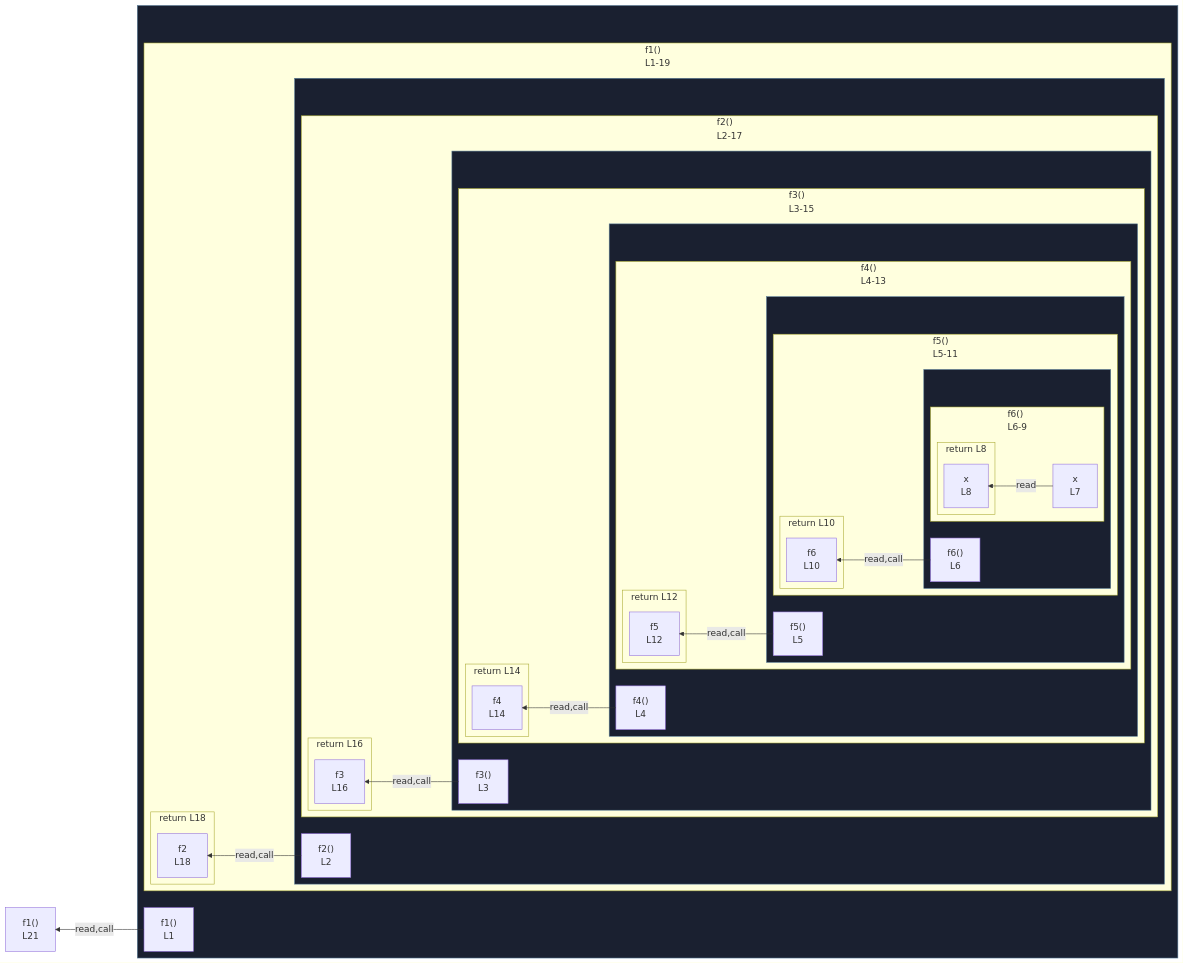
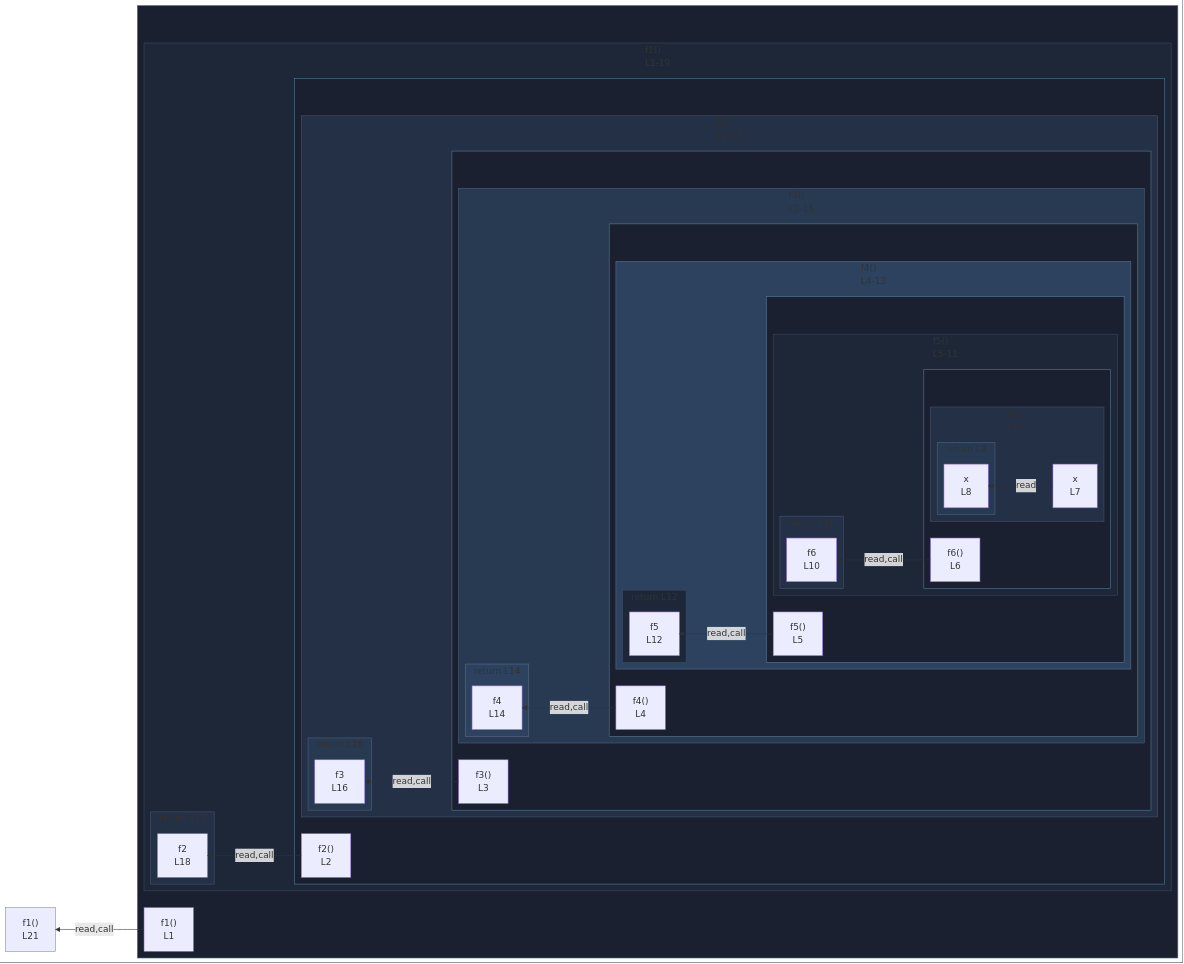
Before and after one commit to crescware/unsnarl: the diagram in integration/fixtures/app-behavior/depth/function/depth-10/preview.md, drawn with Mermaid. The commit also changed 249 other files, not shown here.

First line of the commit message:
Color Mermaid subgraphs by nesting depth via theme palette

````diff
--- a/integration/fixtures/app-behavior/depth/function/depth-10/preview.md
+++ b/integration/fixtures/app-behavior/depth/function/depth-10/preview.md
@@ -113,4 +113,20 @@
   class wrap_s_scope_4 fnWrap;
   class wrap_s_scope_5 fnWrap;
   class wrap_s_scope_6 fnWrap;
+  classDef nestL1 fill:#1e2738,stroke:#3d4a63;
+  class s_scope_1 nestL1;
+  class s_scope_5 nestL1;
+  class s_return_scope_3_f4_69_226_238 nestL1;
+  classDef nestL2 fill:#233045,stroke:#475670;
+  class s_scope_2 nestL2;
+  class s_scope_6 nestL2;
+  class s_return_scope_4_f5_93_195_207 nestL2;
+  class s_return_scope_0_f1_9_295_307 nestL2;
+  classDef nestL3 fill:#283952,stroke:#51637d;
+  class s_scope_3 nestL3;
+  class s_return_scope_5_f6_119_163_172 nestL3;
+  class s_return_scope_1_f2_27_276_288 nestL3;
+  classDef nestL4 fill:#2d425f,stroke:#5b708a;
+  class s_scope_4 nestL4;
+  class s_return_scope_2_f3_47_253_265 nestL4;
 ```
````
